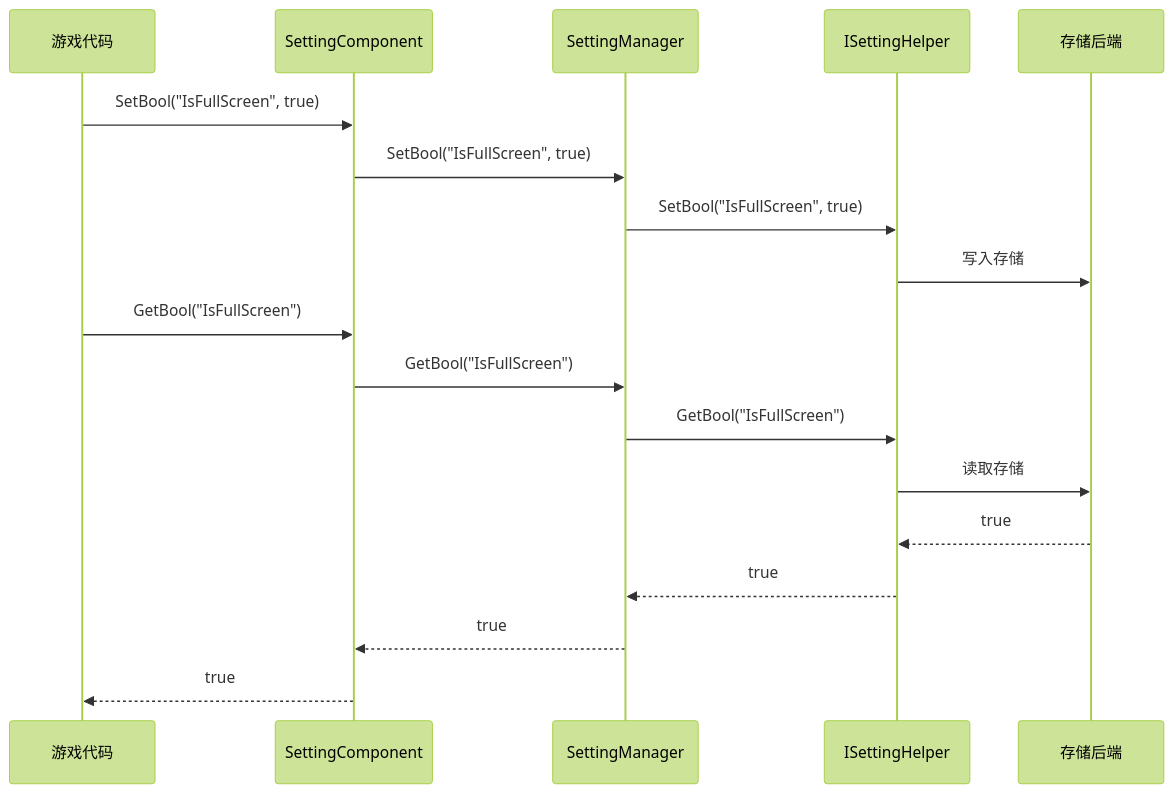
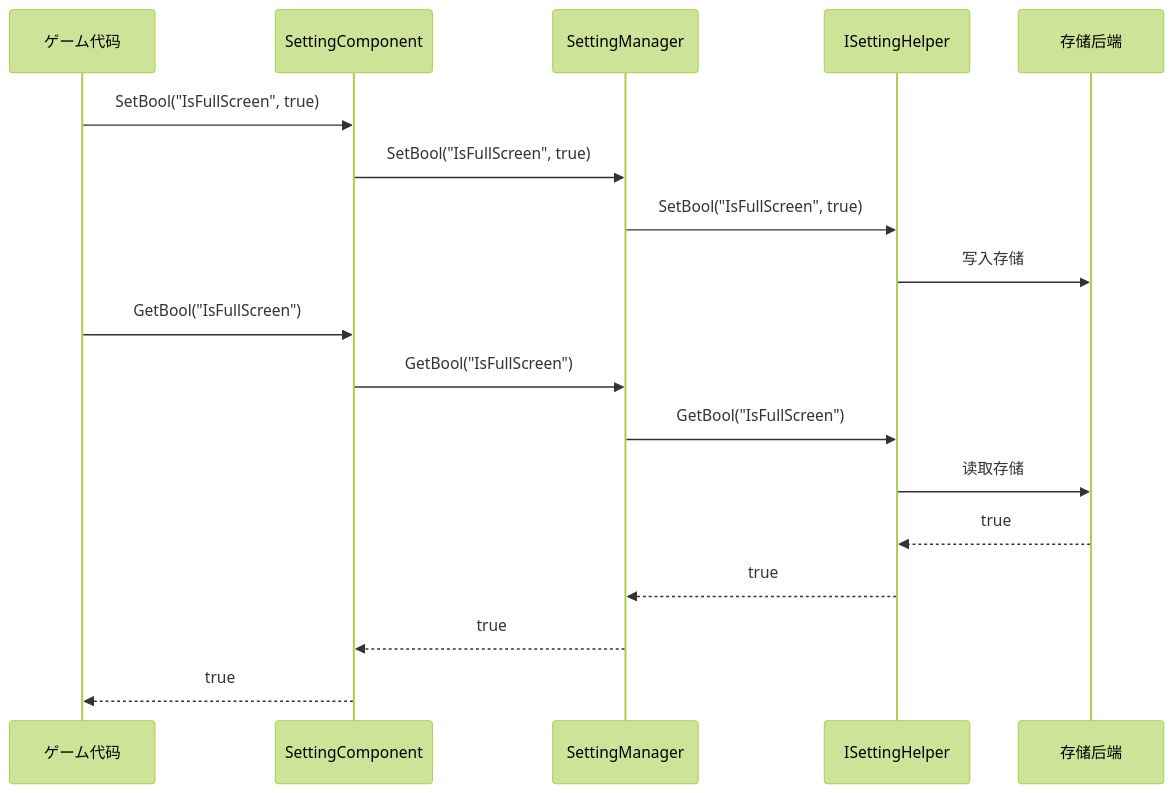
One commit to AlianBlank/GameFrameX.Docs changed the second of 2 diagrams in docs/ja/client/unity/component/setting/01.overview.md. Above: the diagram before and after it, drawn with Mermaid (forest theme). The commit also changed other lines of this file and 603 other files, not shown here.

````diff
--- a/docs/ja/client/unity/component/setting/01.overview.md
+++ b/docs/ja/client/unity/component/setting/01.overview.md
@@ -71,22 +71,22 @@
 ```mermaid
 sequenceDiagram
-    participant Game as 游戏代码
+    participant Game as ゲーム代码
     participant SC as SettingComponent
     participant SM as SettingManager
     participant SH as ISettingHelper
     participant Storage as 存储后端
 
     Game->>SC: SetBool("IsFullScreen", true)
     SC->>SM: SetBool("IsFullScreen", true)
     SM->>SH: SetBool("IsFullScreen", true)
     SH->>Storage: 写入存储
 
     Game->>SC: GetBool("IsFullScreen")
     SC->>SM: GetBool("IsFullScreen")
     SM->>SH: GetBool("IsFullScreen")
     SH->>Storage: 读取存储
     Storage-->>SH: true
     SH-->>SM: true
     SM-->>SC: true
     SC-->>Game: true
 ```
````
